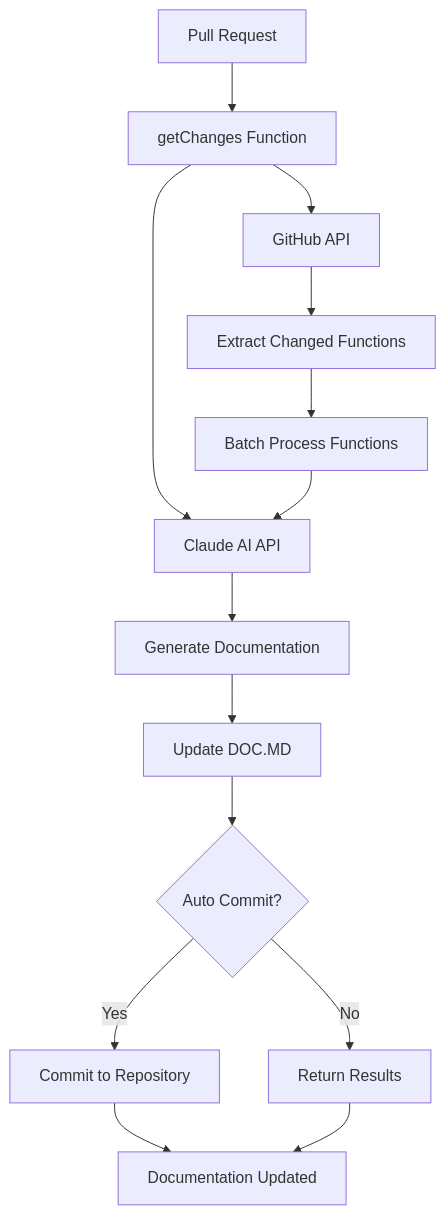
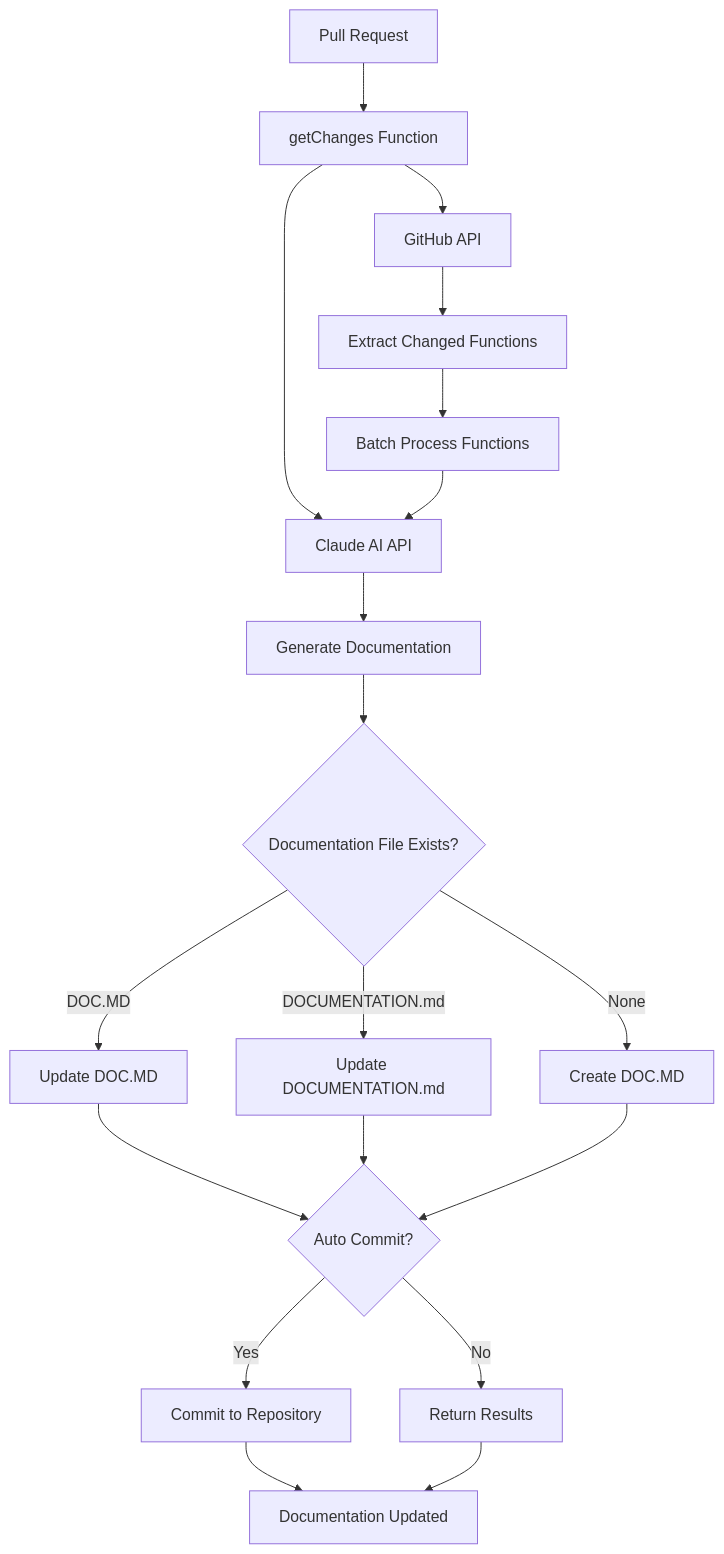
The first of 2 diagrams in DOC.md (fac-31/ReDoT), drawn with Mermaid before and after one commit. The commit also changed other lines of this file, not shown here.

````diff
--- a/DOC.md
+++ b/DOC.md
@@ -119,16 +126,21 @@
 ```mermaid
 graph TD
     A[Pull Request] --> B[getChanges Function]
     B --> C[GitHub API]
     B --> D[Claude AI API]
     C --> E[Extract Changed Functions]
     E --> F[Batch Process Functions]
     F --> D
     D --> G[Generate Documentation]
-    G --> H[Update DOC.MD]
-    H --> I{Auto Commit?}
-    I -->|Yes| J[Commit to Repository]
-    I -->|No| K[Return Results]
-    J --> L[Documentation Updated]
+    G --> H{Documentation File Exists?}
+    H -->|DOC.MD| I[Update DOC.MD]
+    H -->|DOCUMENTATION.md| J[Update DOCUMENTATION.md]
+    H -->|None| K[Create DOC.MD]
+    I --> L{Auto Commit?}
+    J --> L
     K --> L
+    L -->|Yes| M[Commit to Repository]
+    L -->|No| N[Return Results]
+    M --> O[Documentation Updated]
+    N --> O
 ```
````
